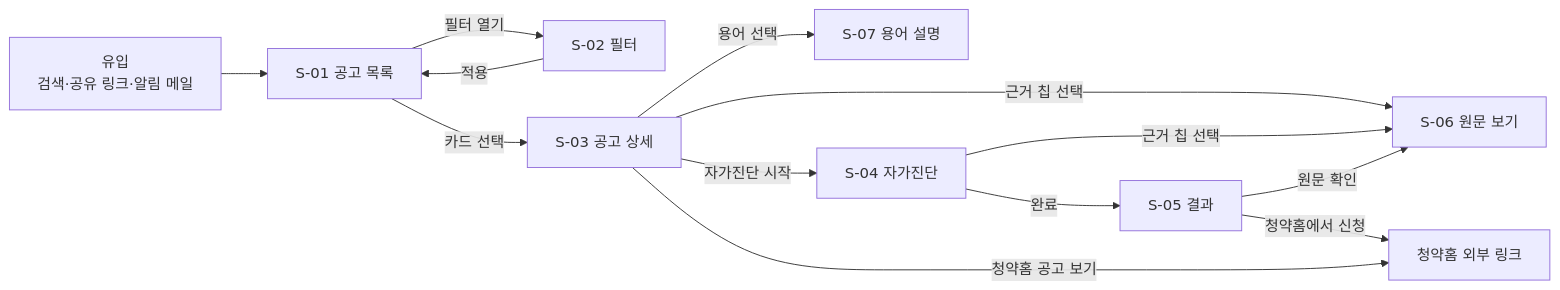
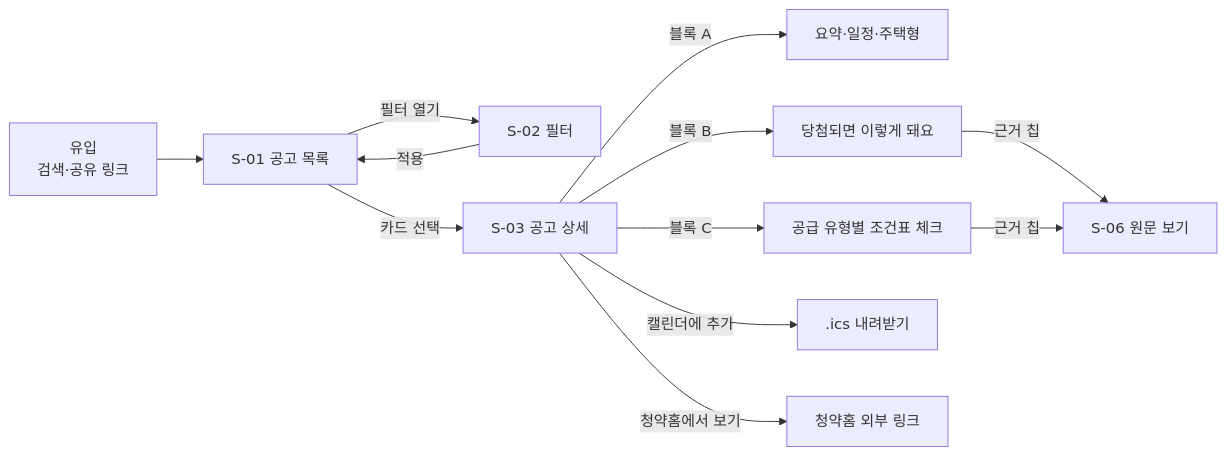
The first of 2 diagrams in docs/SERVICE_SPEC.md (lovelyAlien/cheongdam), drawn with Mermaid before and after one commit. The commit also changed other lines of this file and 6 other files, not shown here.

````diff
--- a/docs/SERVICE_SPEC.md
+++ b/docs/SERVICE_SPEC.md
@@ -101,15 +90,14 @@
 ```mermaid
 flowchart LR
-    A[유입<br/>검색·공유 링크·알림 메일] --> B[S-01 공고 목록]
+    A[유입<br/>검색·공유 링크] --> B[S-01 공고 목록]
     B -->|필터 열기| C[S-02 필터]
     C -->|적용| B
     B -->|카드 선택| D[S-03 공고 상세]
-    D -->|용어 선택| G[S-07 용어 설명]
-    D -->|근거 칩 선택| F[S-06 원문 보기]
-    D -->|자가진단 시작| E[S-04 자가진단]
-    E -->|근거 칩 선택| F
-    E -->|완료| H[S-05 결과]
-    H -->|원문 확인| F
-    H -->|청약홈에서 신청| X[청약홈 외부 링크]
-    D -->|청약홈 공고 보기| X
+    D -->|블록 A| D1[요약·일정·주택형]
+    D -->|블록 B| D2[당첨되면 이렇게 돼요]
+    D -->|블록 C| D3[공급 유형별 조건표 체크]
+    D2 -->|근거 칩| F[S-06 원문 보기]
+    D3 -->|근거 칩| F
+    D -->|캘린더에 추가| K[.ics 내려받기]
+    D -->|청약홈에서 보기| X[청약홈 외부 링크]
 ```
````
